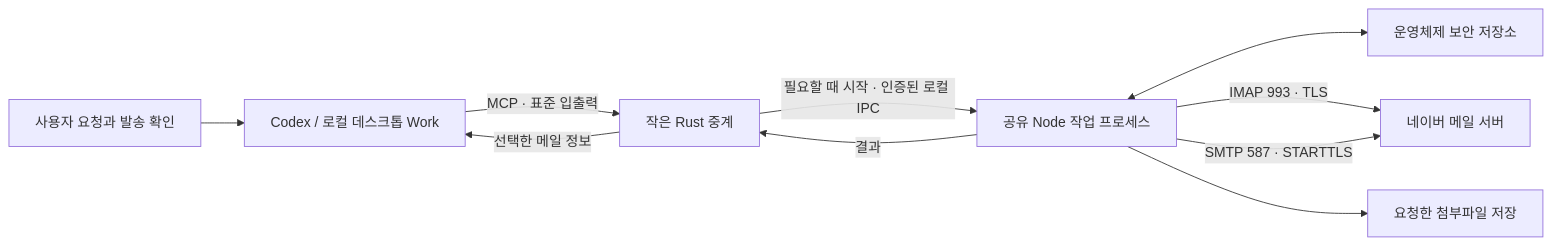
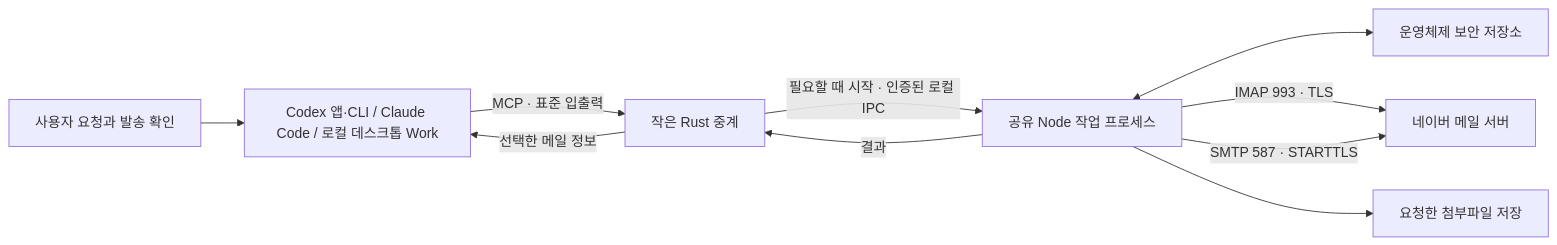
The first of 3 diagrams in docs/ARCHITECTURE.md (eziwork/naver-mail), drawn with Mermaid before and after one commit. The commit also changed other lines of this file and 35 other files, not shown here.

First line of the commit message:
Support Codex and Claude Code on Windows and macOS (#2)

````diff
--- a/docs/ARCHITECTURE.md
+++ b/docs/ARCHITECTURE.md
@@ -11,12 +11,12 @@
 ```mermaid
 flowchart LR
-    U[사용자 요청과 발송 확인] --> H[Codex / 로컬 데스크톱 Work]
+    U[사용자 요청과 발송 확인] --> H[Codex 앱·CLI / Claude Code / 로컬 데스크톱 Work]
     H -->|MCP · 표준 입출력| B[작은 Rust 중계]
     B -->|필요할 때 시작 · 인증된 로컬 IPC| W[공유 Node 작업 프로세스]
     W <--> K[운영체제 보안 저장소]
     W -->|IMAP 993 · TLS| N[네이버 메일 서버]
     W -->|SMTP 587 · STARTTLS| N
     W -->|결과| B
     B -->|선택한 메일 정보| H
     W --> F[요청한 첨부파일 저장]
 ```
````
